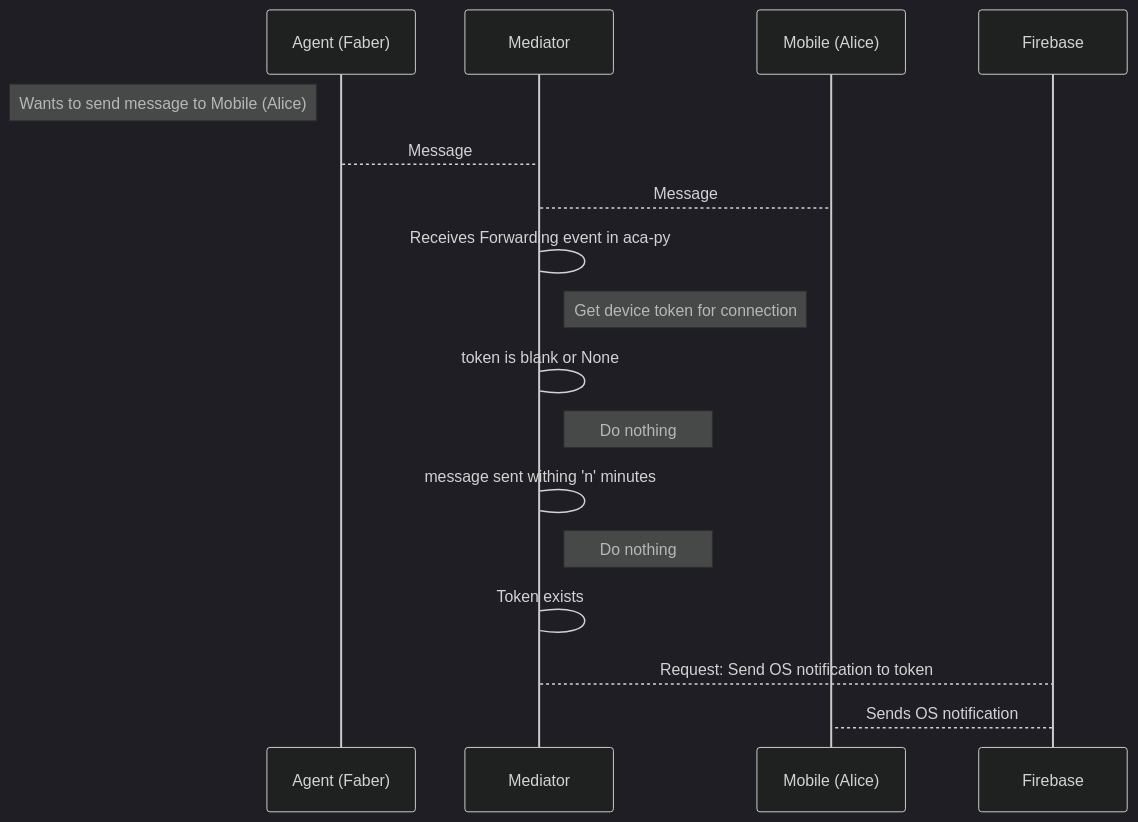
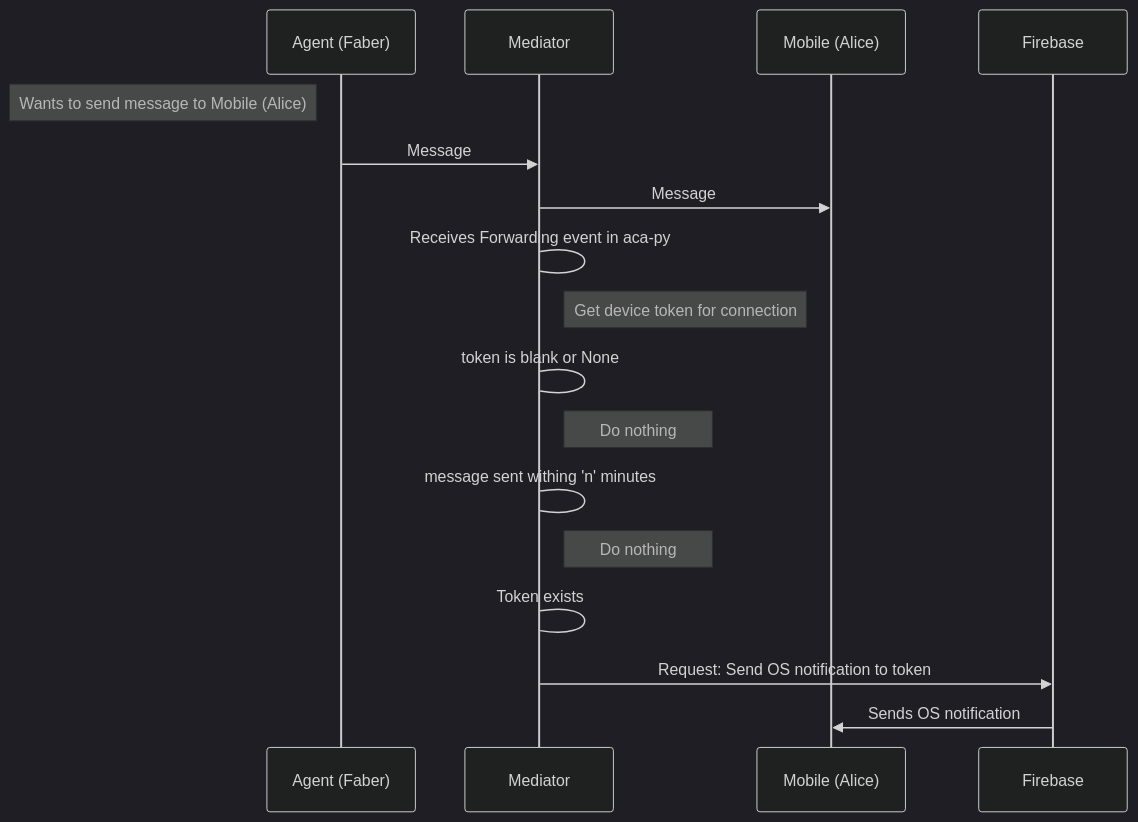
Before and after one commit to openwallet-foundation/acapy-plugins: the second of 3 diagrams in firebase_push_notifications/README.md, drawn with Mermaid (dark theme). The commit also changed other lines of this file and 1 other file, not shown here.

````diff
--- a/firebase_push_notifications/README.md
+++ b/firebase_push_notifications/README.md
@@ -29,19 +29,19 @@
 ``` mermaid
 sequenceDiagram
 participant Agent (Faber)
 participant Mediator
 participant Mobile (Alice)
 participant Firebase
 Note left of Agent (Faber): Wants to send message to Mobile (Alice)
-Agent (Faber)-->Mediator: Message
-Mediator-->Mobile (Alice): Message
+Agent (Faber)->>Mediator: Message
+Mediator->>Mobile (Alice): Message
 Mediator->Mediator: Receives Forwarding event in aca-py
 Note right of Mediator: Get device token for connection
 Mediator->Mediator: token is blank or None
 Note right of Mediator: Do nothing
 Mediator->Mediator: message sent withing 'n' minutes
 Note right of Mediator: Do nothing
 Mediator->Mediator: Token exists
-Mediator-->Firebase: Request: Send OS notification to token
-Firebase-->Mobile (Alice): Sends OS notification
+Mediator->>Firebase: Request: Send OS notification to token
+Firebase->>Mobile (Alice): Sends OS notification
 ```
````
